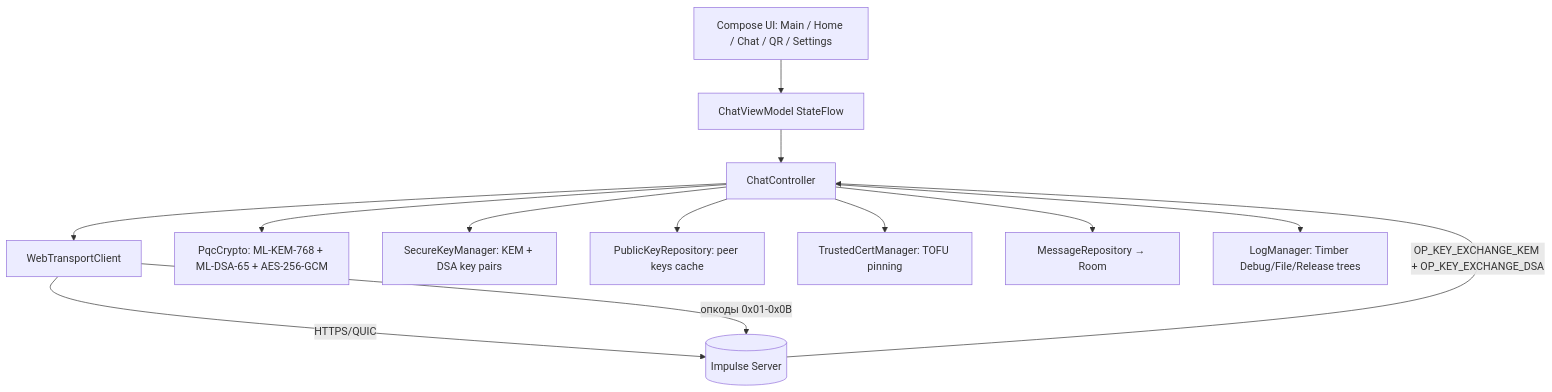
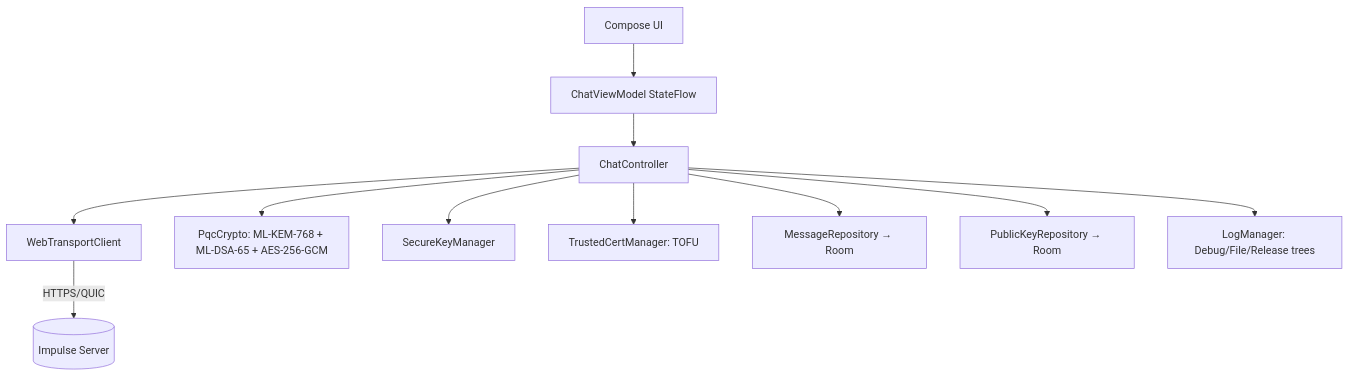
One commit to Oqune/Impulse-client changed the diagram in README.ru.md. Above: the diagram before and after it, drawn with Mermaid. The commit also changed other lines of this file and 1 other file, not shown here.

````diff
--- a/README.ru.md
+++ b/README.ru.md
@@ -259,15 +127,13 @@
 ```mermaid
 flowchart TD
-    UI[Compose UI: Main / Home / Chat / QR / Settings] --> VM[ChatViewModel StateFlow]
+    UI[Compose UI] --> VM[ChatViewModel StateFlow]
     VM --> CC[ChatController]
     CC --> WT[WebTransportClient]
     WT -->|HTTPS/QUIC| SRV[(Impulse Server)]
     CC --> CRYPTO[PqcCrypto: ML-KEM-768 + ML-DSA-65 + AES-256-GCM]
-    CC --> SKM[SecureKeyManager: KEM + DSA key pairs]
-    CC --> PKR[PublicKeyRepository: peer keys cache]
-    CC --> CERT[TrustedCertManager: TOFU pinning]
+    CC --> SKM[SecureKeyManager]
+    CC --> CERT[TrustedCertManager: TOFU]
     CC --> REPO[MessageRepository → Room]
-    CC --> LOG[LogManager: Timber Debug/File/Release trees]
-    WT -->|опкоды 0x01-0x0B| SRV
-    SRV -->|OP_KEY_EXCHANGE_KEM + OP_KEY_EXCHANGE_DSA| CC
+    CC --> PKR[PublicKeyRepository → Room]
+    CC --> LOG[LogManager: Debug/File/Release trees]
 ```
````
